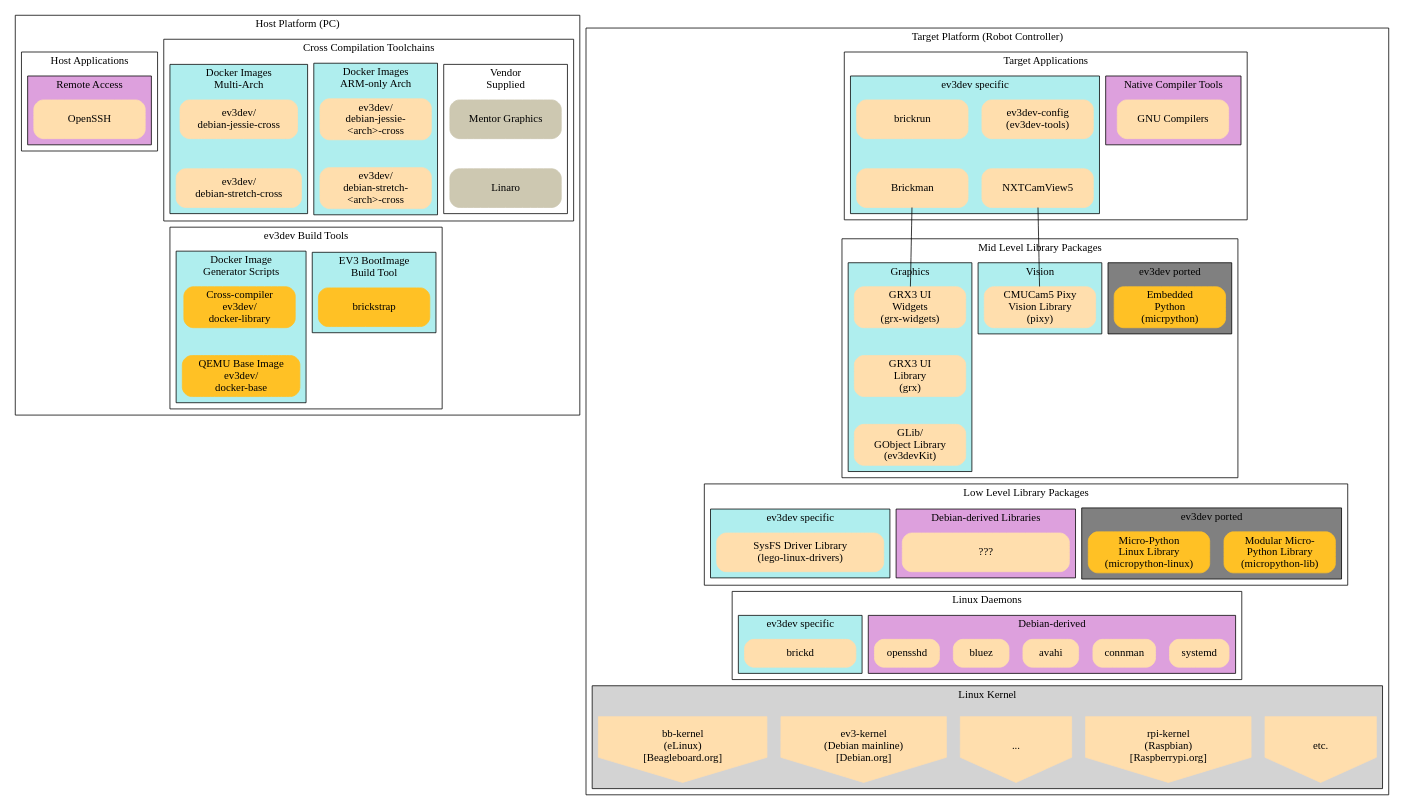
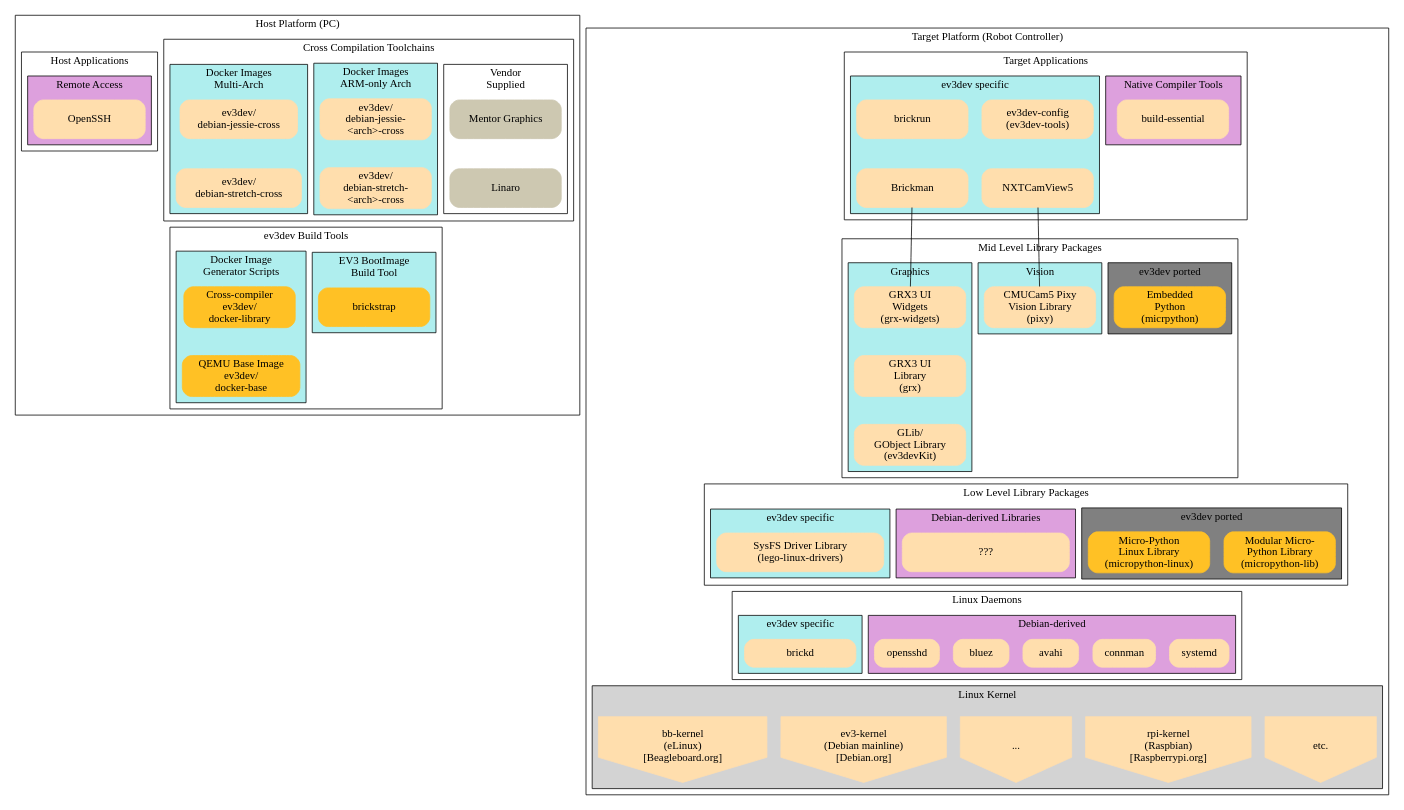
One commit to ev3dev/edu-docs changed the diagram in images/ev3dev-software-packages.dot. Above: the diagram before and after it, drawn with Graphviz. The commit also changed 2 other files, not shown here.

Commit message:
Removed embedded URLs from flowchart, changed name of native compiler package to build-essential

```diff
--- a/images/ev3dev-software-packages.dot
+++ b/images/ev3dev-software-packages.dot
@@ -85,7 +85,7 @@
 				style=filled;
 				fillcolor=plum;
 				node [shape=rect,style="filled,rounded",color=navajowhite,width=2,height=0.7];
-				"GNU Compilers";
+				"build-essential";
 			};
 			
 			subgraph cluster_12 {
```
